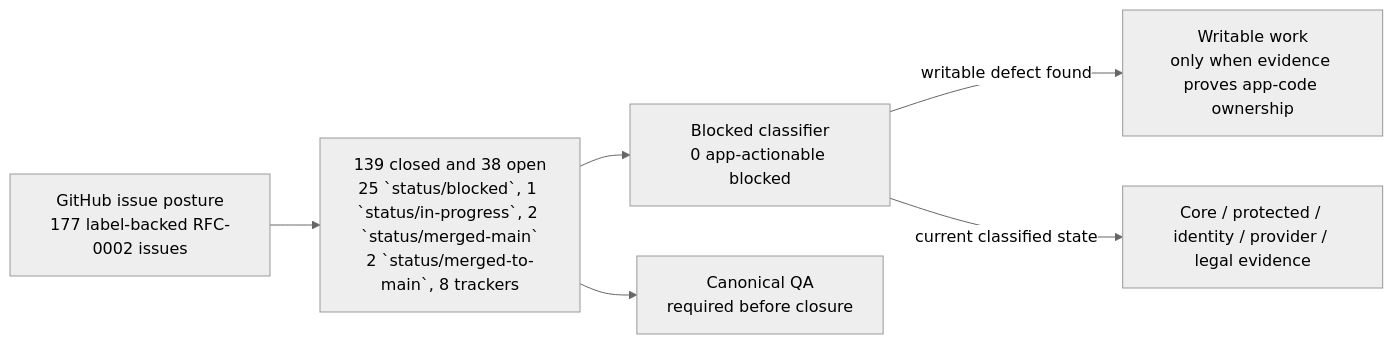
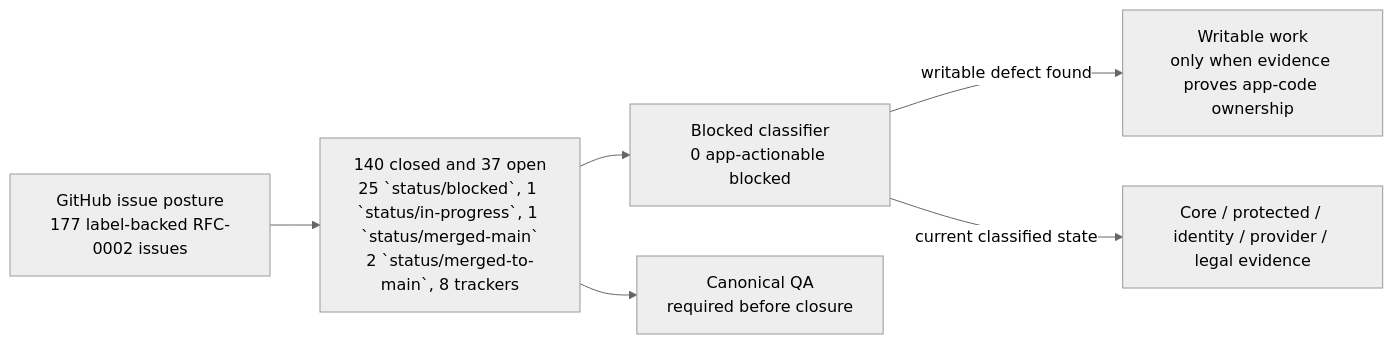
One commit to sgajbi/lotus-idea changed the first of 2 diagrams in wiki/RFC-0002-Execution-Status.md. Above: the diagram before and after it, drawn with Mermaid (neutral theme). The commit also changed other lines of this file and 8 other files, not shown here.

````diff
--- a/wiki/RFC-0002-Execution-Status.md
+++ b/wiki/RFC-0002-Execution-Status.md
@@ -39,15 +39,15 @@
 ```mermaid
 flowchart LR
     Issues["GitHub issue posture<br/>177 label-backed RFC-0002 issues"]
-    Open["139 closed and 38 open<br/>25 `status/blocked`, 1 `status/in-progress`, 2 `status/merged-main`<br/>2 `status/merged-to-main`, 8 trackers"]
+    Open["140 closed and 37 open<br/>25 `status/blocked`, 1 `status/in-progress`, 1 `status/merged-main`<br/>2 `status/merged-to-main`, 8 trackers"]
     Blocked["Blocked classifier<br/>0 app-actionable blocked"]
     Work["Writable work<br/>only when evidence proves app-code ownership"]
     External["Core / protected / identity / provider / legal evidence"]
     QA["Canonical QA<br/>required before closure"]
 
     Issues --> Open
     Open --> Blocked
     Blocked -->|"writable defect found"| Work
     Blocked -->|"current classified state"| External
     Open --> QA
 ```
````
